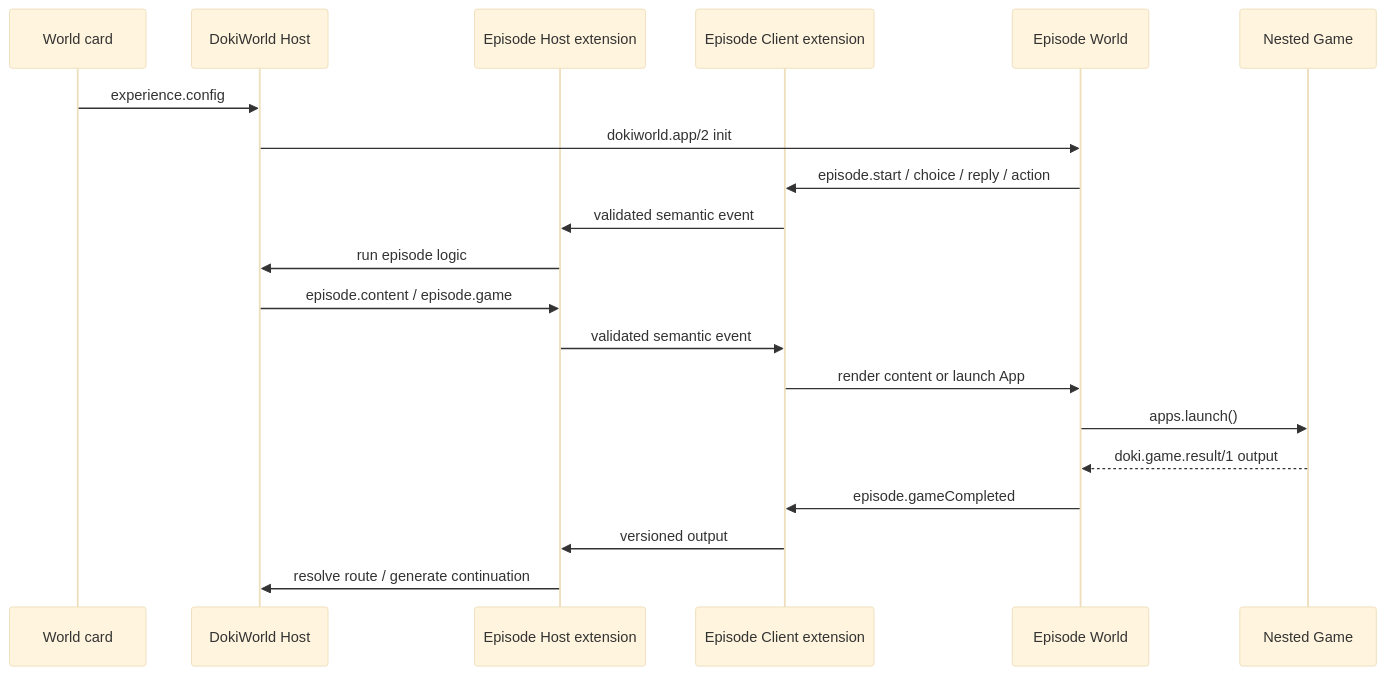
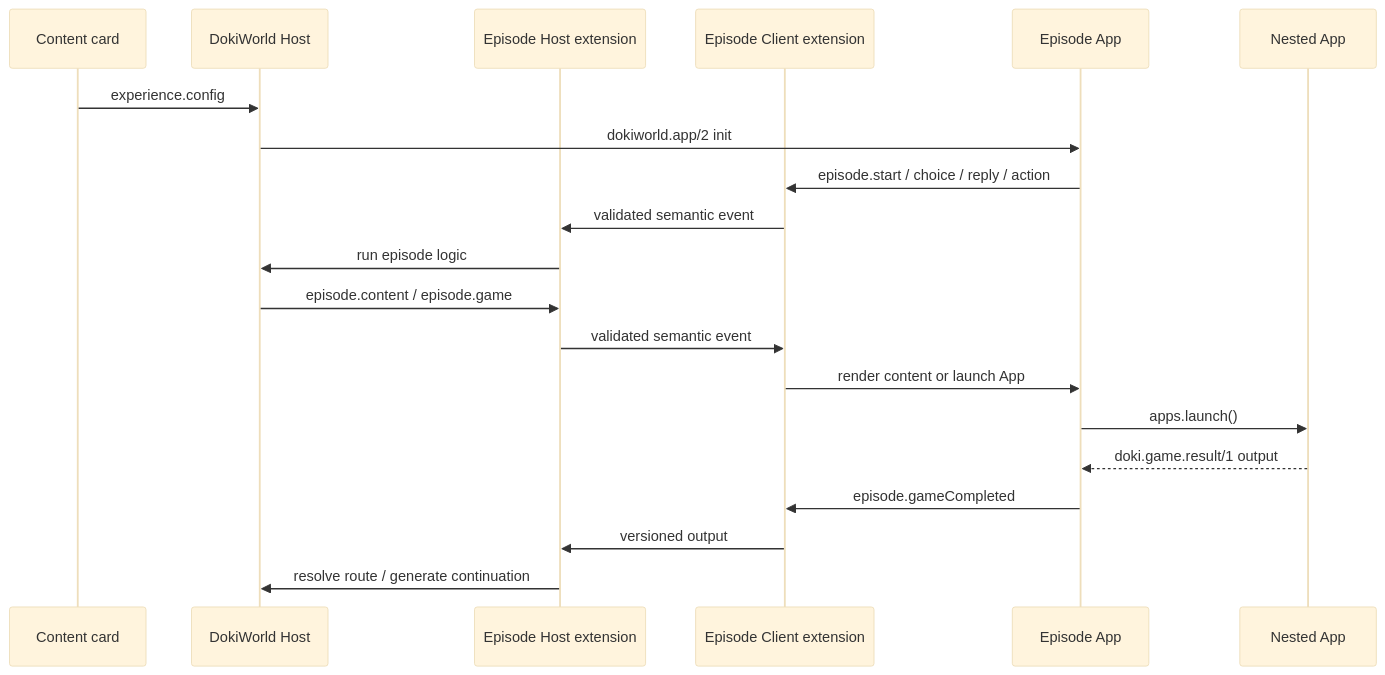
One commit to raptoravis/dokiworld-apps changed the diagram in episode-app-sdk-integration.zh-CN.md. Above: the diagram before and after it, drawn with Mermaid (base theme). The commit also changed other lines of this file and 1 other file, not shown here.

````diff
--- a/episode-app-sdk-integration.zh-CN.md
+++ b/episode-app-sdk-integration.zh-CN.md
@@ -21,23 +21,23 @@
 ```mermaid
 sequenceDiagram
-    participant Card as World card
+    participant Card as Content card
     participant Host as DokiWorld Host
     participant EH as Episode Host extension
     participant EC as Episode Client extension
-    participant World as Episode World
-    participant Game as Nested Game
+    participant Renderer as Episode App
+    participant Nested as Nested App
 
     Card->>Host: experience.config
-    Host->>World: dokiworld.app/2 init
-    World->>EC: episode.start / choice / reply / action
+    Host->>Renderer: dokiworld.app/2 init
+    Renderer->>EC: episode.start / choice / reply / action
     EC->>EH: validated semantic event
     EH->>Host: run episode logic
     Host->>EH: episode.content / episode.game
     EH->>EC: validated semantic event
-    EC->>World: render content or launch App
-    World->>Game: apps.launch()
-    Game-->>World: doki.game.result/1 output
-    World->>EC: episode.gameCompleted
+    EC->>Renderer: render content or launch App
+    Renderer->>Nested: apps.launch()
+    Nested-->>Renderer: doki.game.result/1 output
+    Renderer->>EC: episode.gameCompleted
     EC->>EH: versioned output
     EH->>Host: resolve route / generate continuation
 ```
````
